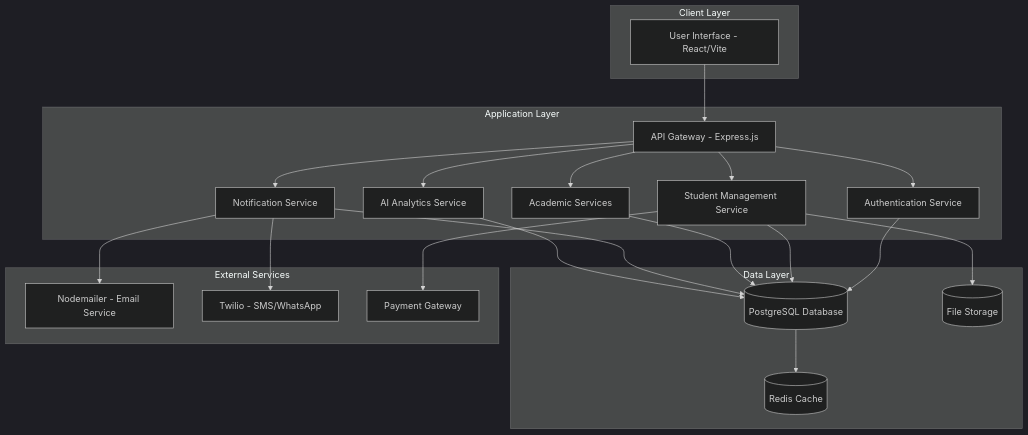
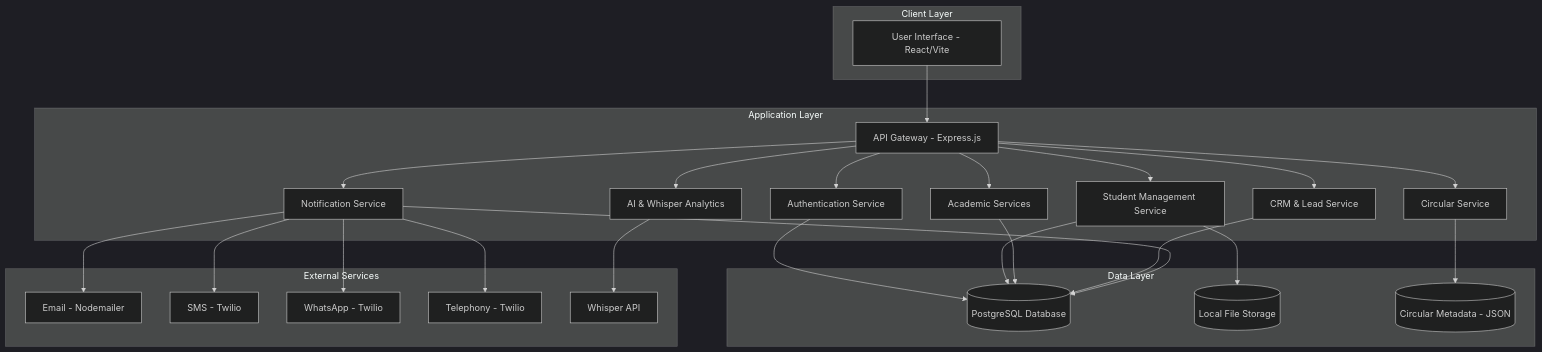
Before and after one commit to HONGKINGNIRMOND/AI-Enabled-CRM-System-for-School: the first of 14 diagrams in docs/system_diagrams.md, drawn with Mermaid (dark theme). The commit also changed other lines of this file and 3 other files, not shown here.

````diff
--- a/docs/system_diagrams.md
+++ b/docs/system_diagrams.md
@@ -7,47 +7,55 @@
 ```mermaid
 graph TD
     subgraph "Client Layer"
         User[User Interface - React/Vite]
     end
     
     subgraph "Application Layer"
         API[API Gateway - Express.js]
         Auth[Authentication Service]
         StudentSvc[Student Management Service]
         AcademicSvc[Academic Services]
+        CRMSvc[CRM & Lead Service]
         NotificationSvc[Notification Service]
-        AISvc[AI Analytics Service]
+        AISvc[AI & Whisper Analytics]
+        CircularSvc[Circular Service]
     end
     
     subgraph "Data Layer"
         DB[(PostgreSQL Database)]
-        Cache[(Redis Cache)]
-        FileStore[(File Storage)]
+        FileStore[(Local File Storage)]
+        CircularStore[(Circular Metadata - JSON)]
     end
     
     subgraph "External Services"
-        Email[Nodemailer - Email Service]
-        SMS[Twilio - SMS/WhatsApp]
-        Payment[Payment Gateway]
+        Email[Email - Nodemailer]
+        SMS[SMS - Twilio]
+        WhatsApp[WhatsApp - Twilio]
+        Voice[Telephony - Twilio]
+        AI[Whisper API]
     end
     
     User --> API
     API --> Auth
     API --> StudentSvc
     API --> AcademicSvc
+    API --> CRMSvc
     API --> NotificationSvc
     API --> AISvc
+    API --> CircularSvc
     
     Auth --> DB
     StudentSvc --> DB
     AcademicSvc --> DB
+    CRMSvc --> DB
     NotificationSvc --> DB
-    AISvc --> DB
+    AISvc --> AI
     
     NotificationSvc --> Email
     NotificationSvc --> SMS
-    StudentSvc --> Payment
+    NotificationSvc --> WhatsApp
+    NotificationSvc --> Voice
     
-    DB --> Cache
+    CircularSvc --> CircularStore
     StudentSvc --> FileStore
 ```
````
